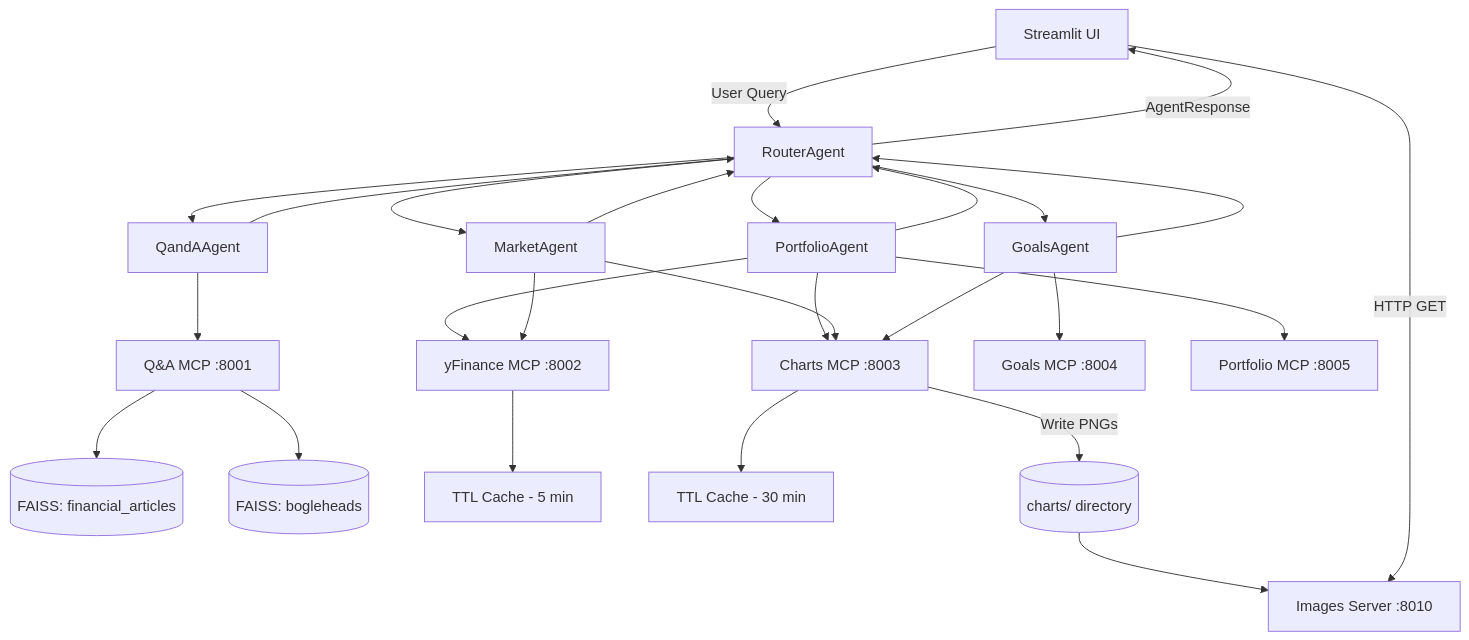
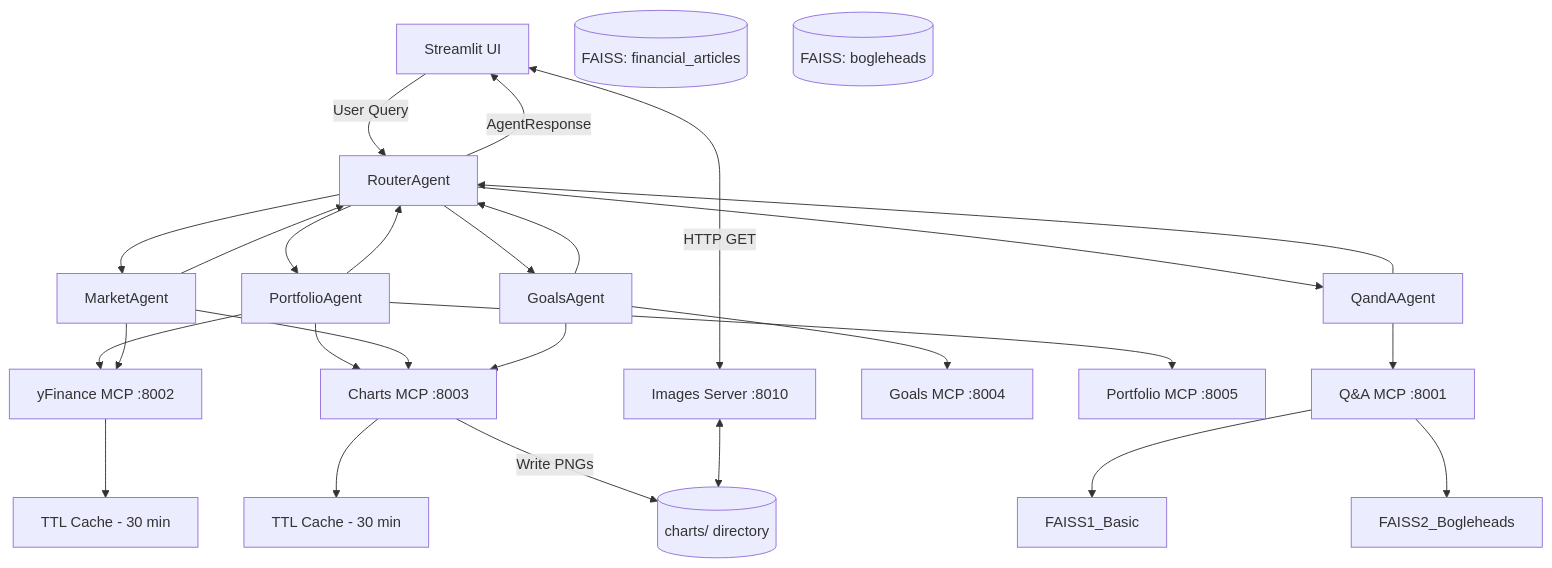
One commit to numberpete/finnie_ai changed the first of 2 diagrams in README.md. Above: the diagram before and after it, drawn with Mermaid.

Commit message:
corrected architecture

````diff
--- a/README.md
+++ b/README.md
@@ -155,61 +155,61 @@
 ```mermaid
 flowchart TB
     UI[Streamlit UI]
     Router[RouterAgent]
     
     PortfolioAgent[PortfolioAgent]
     MarketAgent[MarketAgent]
     GoalsAgent[GoalsAgent]
     QandAAgent[QandAAgent]
     
     QAMCP[Q&A MCP :8001]
     YFinanceMCP[yFinance MCP :8002]
     ChartsMCP[Charts MCP :8003]
     GoalsMCP[Goals MCP :8004]
     PortfolioMCP[Portfolio MCP :8005]
     
     FAISS1[(FAISS: financial_articles)]
     FAISS2[(FAISS: bogleheads)]
     
-    YFinanceCache[TTL Cache - 5 min]
+    YFinanceCache[TTL Cache - 30 min]
     ChartsCache[TTL Cache - 30 min]
     
     ImagesServer[Images Server :8010]
     ChartStorage[(charts/ directory)]
     
     UI -->|User Query| Router
     
     Router --> PortfolioAgent
     Router --> MarketAgent
     Router --> GoalsAgent
     Router --> QandAAgent
     
     PortfolioAgent --> PortfolioMCP
     PortfolioAgent --> YFinanceMCP
     PortfolioAgent --> ChartsMCP
     
     MarketAgent --> YFinanceMCP
     MarketAgent --> ChartsMCP
     
     GoalsAgent --> GoalsMCP
     GoalsAgent --> ChartsMCP
     
     QandAAgent --> QAMCP
     
-    QAMCP --> FAISS1
-    QAMCP --> FAISS2
+    QAMCP --> FAISS1_Basic
+    QAMCP --> FAISS2_Bogleheads
     
     YFinanceMCP --> YFinanceCache
     ChartsMCP --> ChartsCache
     
     ChartsMCP -->|Write PNGs| ChartStorage
-    ChartStorage --> ImagesServer
-    UI -->|HTTP GET| ImagesServer
+   ImagesServer <--> ChartStorage 
+    UI <-->|HTTP GET| ImagesServer
     
     PortfolioAgent --> Router
     MarketAgent --> Router
     GoalsAgent --> Router
     QandAAgent --> Router
     
     Router -->|AgentResponse| UI
 ```
````
